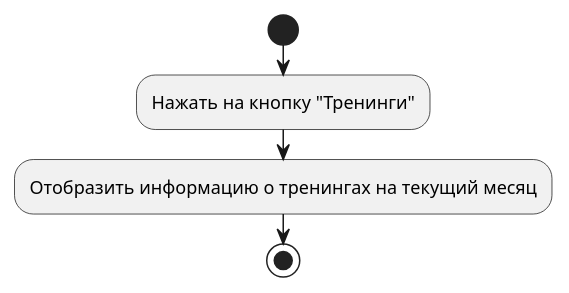
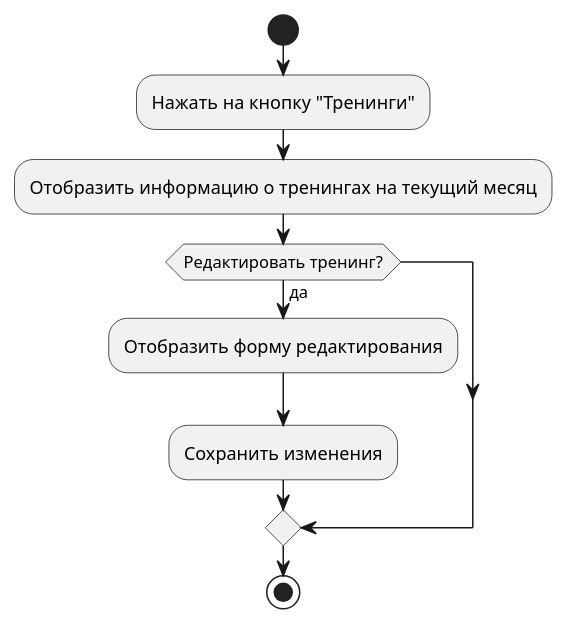
The diagram in docs/diagrams/trainings_info.puml (sinseiwas/PROspekt_bot), drawn with PlantUML before and after one commit. The commit also changed 9 other files, not shown here.

```diff
--- a/docs/diagrams/trainings_info.puml
+++ b/docs/diagrams/trainings_info.puml
@@ -1,6 +1,10 @@
 @startuml
 start
 :Нажать на кнопку "Тренинги";
 :Отобразить информацию о тренингах на текущий месяц;
+if (Редактировать тренинг?) then (да)
+  :Отобразить форму редактирования;
+  :Сохранить изменения;
+endif
 stop
 @enduml
```
